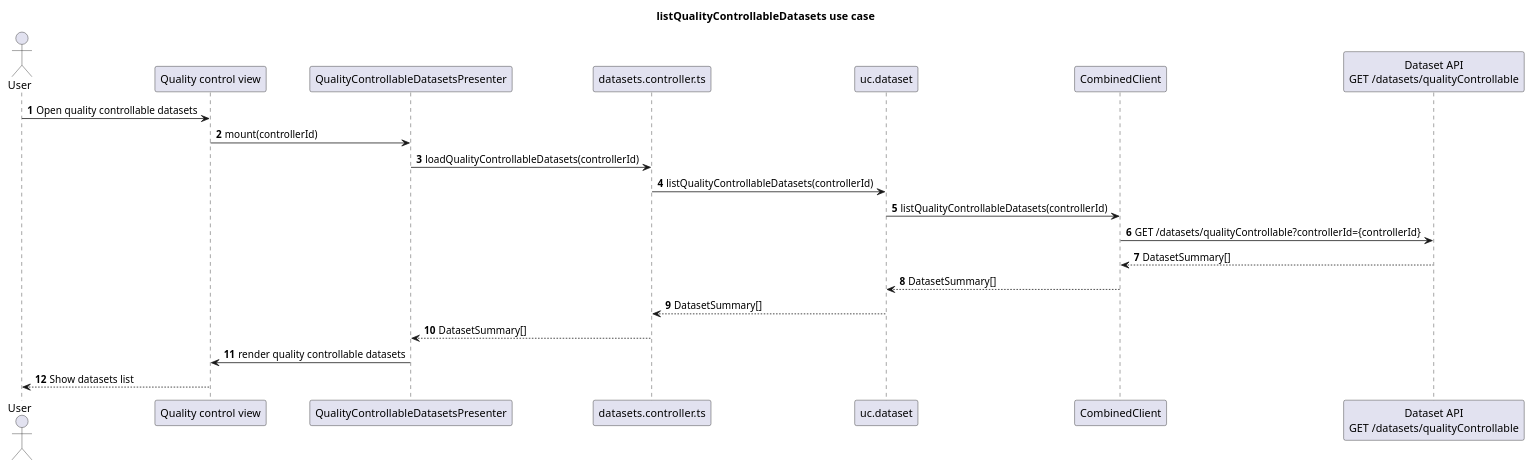
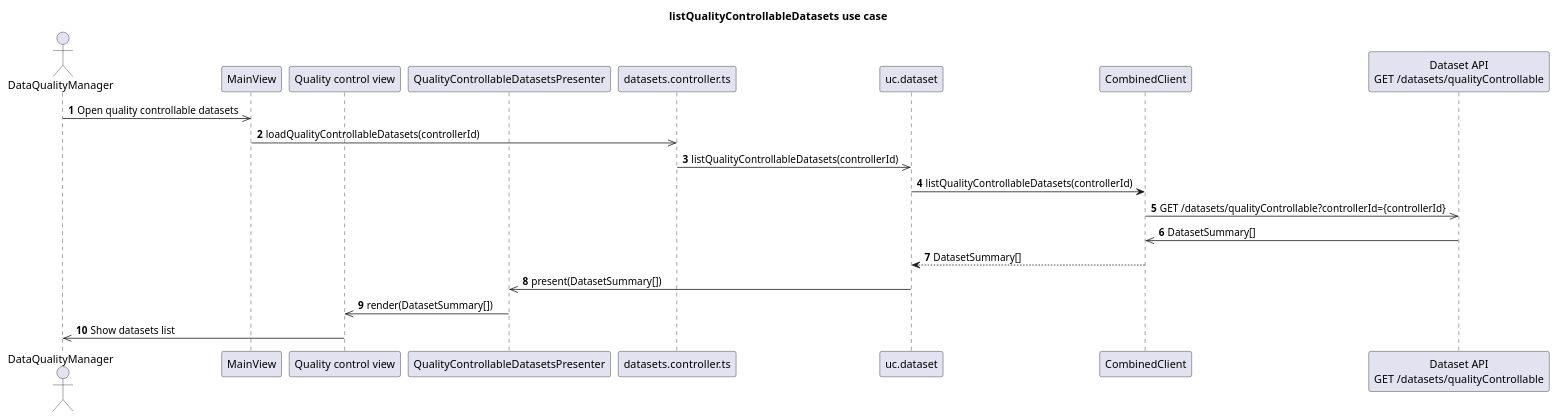
Before and after one commit to POP2025-EEPW/doorce-frontend: the diagram in diagrams/sequence/listQualityControllableDatasets.puml, drawn with PlantUML. The commit also changed other lines of this file and 3 other files, not shown here.

Commit message:
fix: group 2 diagrams - list and get functions

```diff
--- a/diagrams/sequence/listQualityControllableDatasets.puml
+++ b/diagrams/sequence/listQualityControllableDatasets.puml
@@ -1,27 +1,26 @@
 @startuml
 title listQualityControllableDatasets use case
 autonumber
 
-actor User
+actor DataQualityManager as User
 
+participant "MainView" as MainView
 participant "Quality control view" as View
 participant "QualityControllableDatasetsPresenter" as Presenter
 participant "datasets.controller.ts" as Controller
 participant "uc.dataset" as UseCase
 participant "CombinedClient" as Client
 participant "Dataset API\nGET /datasets/qualityControllable" as Http
 
-User -> View : Open quality controllable datasets
-View -> Presenter : mount(controllerId)
-Presenter -> Controller : loadQualityControllableDatasets(controllerId)
-Controller -> UseCase : listQualityControllableDatasets(controllerId)
+User ->> MainView : Open quality controllable datasets
+MainView ->> Controller : loadQualityControllableDatasets(controllerId)
+Controller ->> UseCase : listQualityControllableDatasets(controllerId)
 UseCase -> Client : listQualityControllableDatasets(controllerId)
-Client -> Http : GET /datasets/qualityControllable?controllerId={controllerId}
-Http --> Client : DatasetSummary[]
+Client ->> Http : GET /datasets/qualityControllable?controllerId={controllerId}
+Http ->> Client : DatasetSummary[]
 Client --> UseCase : DatasetSummary[]
-UseCase --> Controller : DatasetSummary[]
-Controller --> Presenter : DatasetSummary[]
-Presenter -> View : render quality controllable datasets
-View --> User : Show datasets list
+UseCase ->> Presenter : present(DatasetSummary[])
+Presenter ->> View : render(DatasetSummary[])
+View ->> User : Show datasets list
 
-@enduml
+@enduml                                                                      
```
